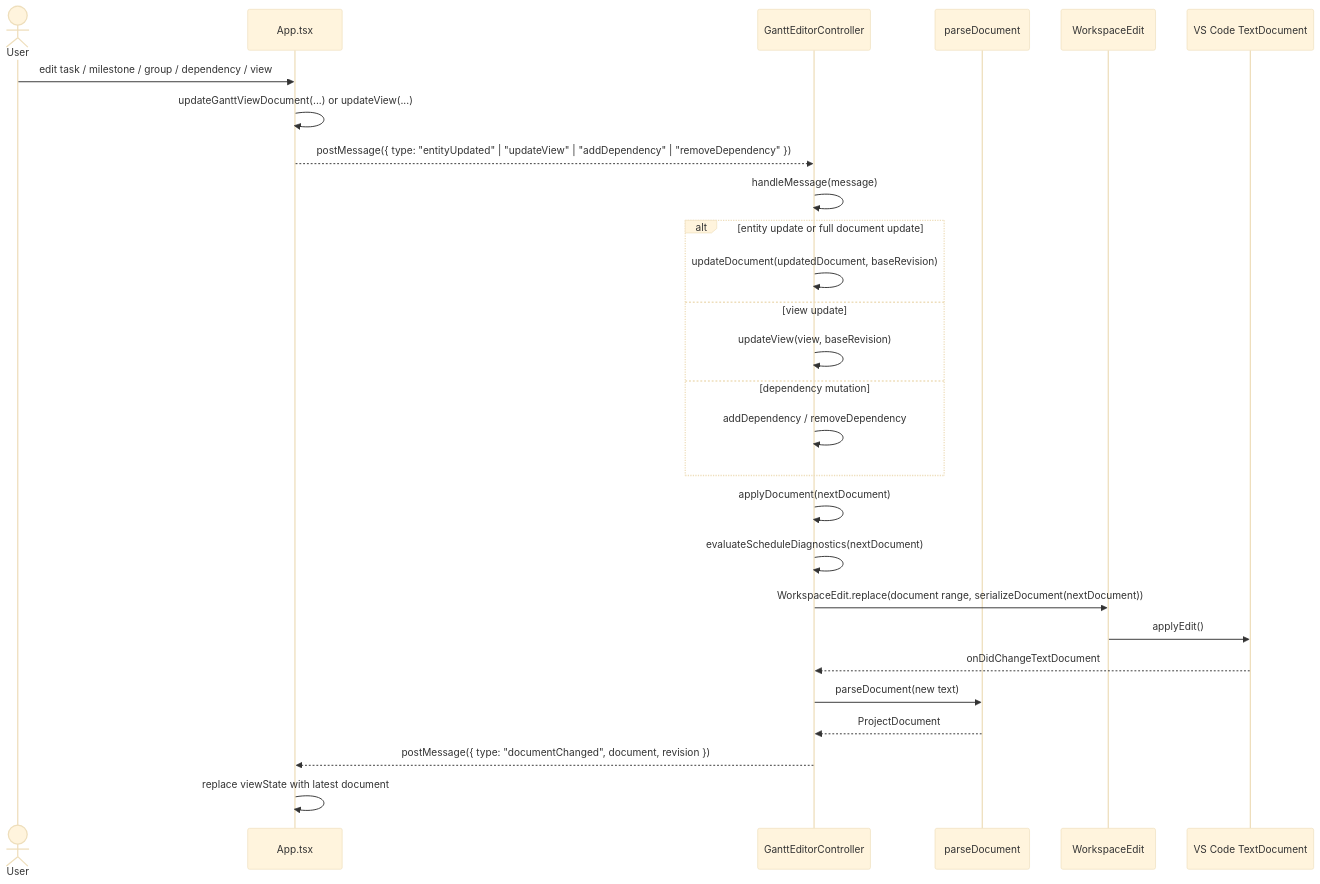
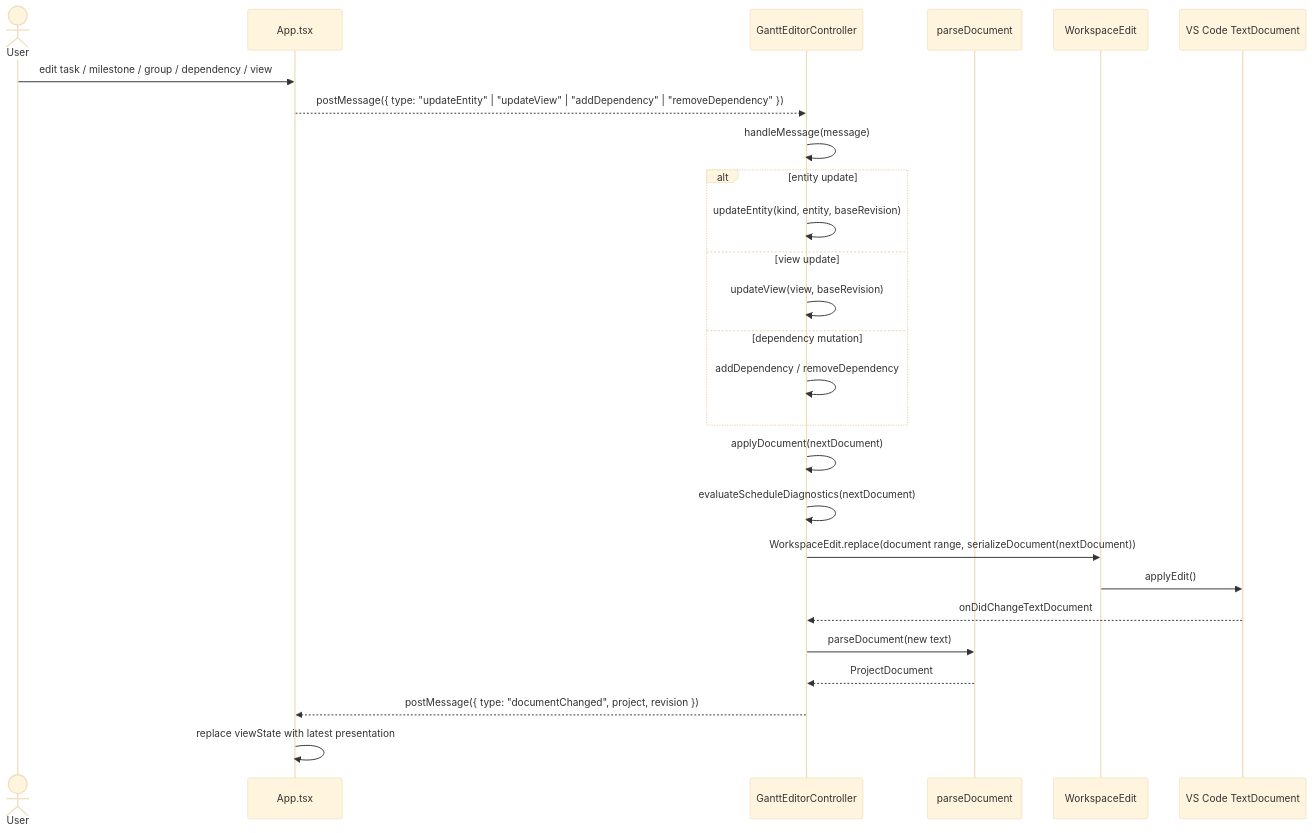
Before and after one commit to sergehas/ganttee: the fourth of 6 diagrams in docs/documentation/gantt-model-hydration.md, drawn with Mermaid (base theme). The commit also changed other lines of this file and 46 other files, not shown here.

````diff
--- a/docs/documentation/gantt-model-hydration.md
+++ b/docs/documentation/gantt-model-hydration.md
@@ -179,30 +186,29 @@
 ```mermaid
 sequenceDiagram
     actor User
     participant App as App.tsx
     participant Host as GanttEditorController
     participant Parse as parseDocument
     participant Write as WorkspaceEdit
     participant VSC as VS Code TextDocument
 
     User->>App: edit task / milestone / group / dependency / view
-    App->>App: updateGanttViewDocument(...) or updateView(...)
-    App-->>Host: postMessage({ type: "entityUpdated" | "updateView" | "addDependency" | "removeDependency" })
+    App-->>Host: postMessage({ type: "updateEntity" | "updateView" | "addDependency" | "removeDependency" })
     Host->>Host: handleMessage(message)
-    alt entity update or full document update
-        Host->>Host: updateDocument(updatedDocument, baseRevision)
+    alt entity update
+        Host->>Host: updateEntity(kind, entity, baseRevision)
     else view update
         Host->>Host: updateView(view, baseRevision)
     else dependency mutation
         Host->>Host: addDependency / removeDependency
     end
     Host->>Host: applyDocument(nextDocument)
     Host->>Host: evaluateScheduleDiagnostics(nextDocument)
     Host->>Write: WorkspaceEdit.replace(document range, serializeDocument(nextDocument))
     Write->>VSC: applyEdit()
     VSC-->>Host: onDidChangeTextDocument
     Host->>Parse: parseDocument(new text)
     Parse-->>Host: ProjectDocument
-    Host-->>App: postMessage({ type: "documentChanged", document, revision })
-    App->>App: replace viewState with latest document
+    Host-->>App: postMessage({ type: "documentChanged", project, revision })
+    App->>App: replace viewState with latest presentation
 ```
````
